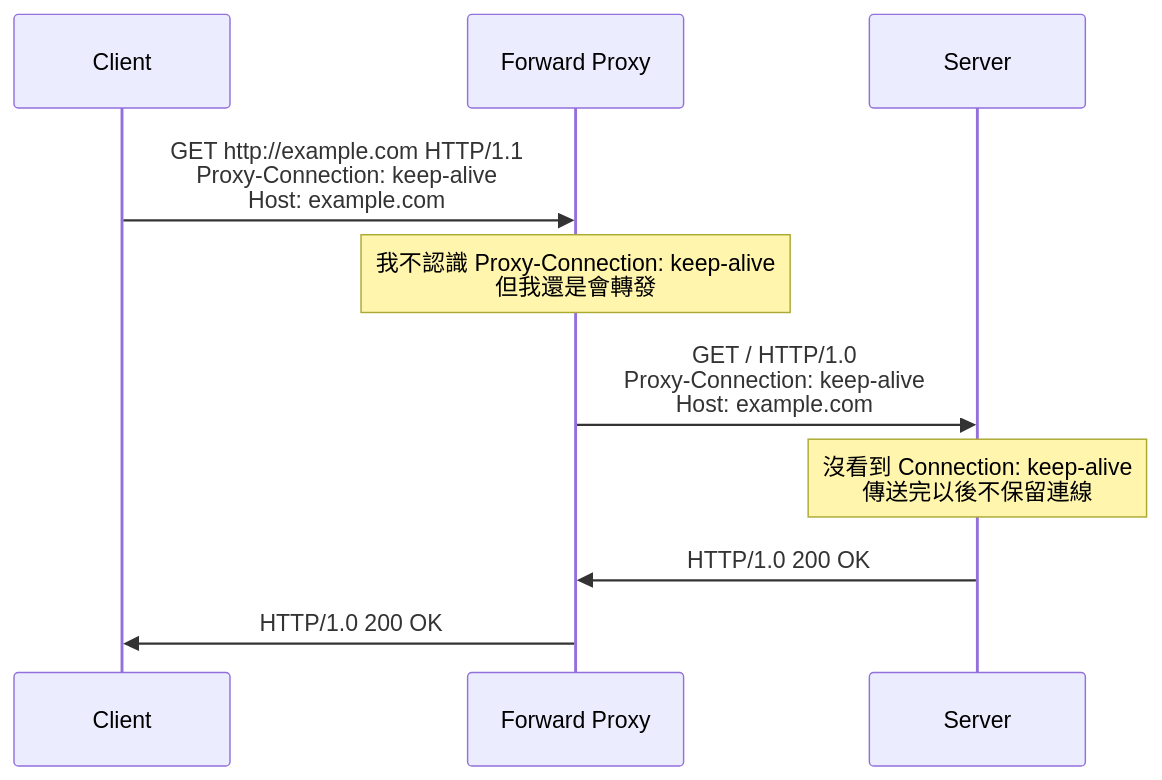
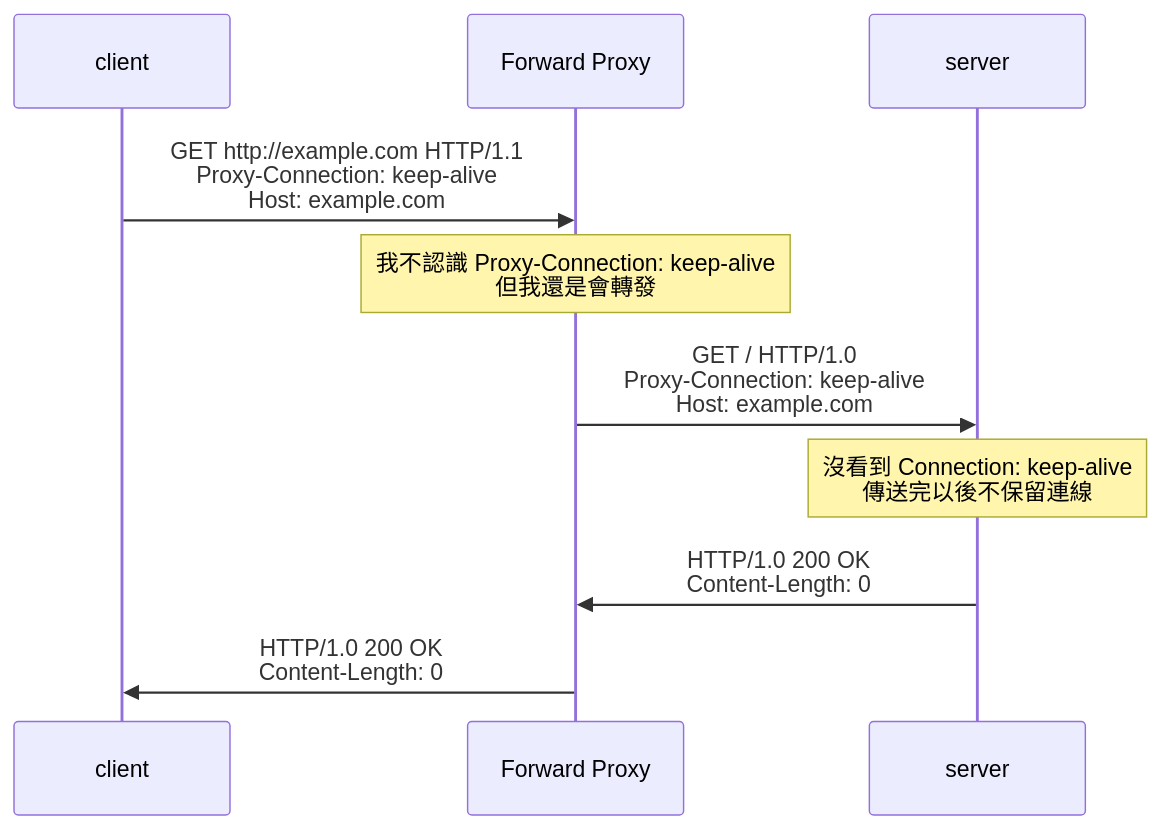
The seventh of 8 diagrams in docs/nodejs/http_proxy.md (samuel871211/yusheng-tech-blog), drawn with Mermaid before and after one commit. The commit also changed other lines of this file and 2 other files, not shown here.

Commit message:
http_proxy

````diff
--- a/docs/nodejs/http_proxy.md
+++ b/docs/nodejs/http_proxy.md
@@ -246,13 +245,13 @@
 ```mermaid
 sequenceDiagram
-  participant C as Client
+  participant C as client
   participant P as Forward Proxy
-  participant S as Server
+  participant S as server
 
   C ->> P: GET http://example.com HTTP/1.1<br/>Proxy-Connection: keep-alive<br/>Host: example.com
   Note Over P: 我不認識 Proxy-Connection: keep-alive<br/>但我還是會轉發
   P ->> S: GET / HTTP/1.0<br/>Proxy-Connection: keep-alive<br/>Host: example.com
   Note Over S: 沒看到 Connection: keep-alive<br/>傳送完以後不保留連線
-  S ->> P: HTTP/1.0 200 OK
-  P ->> C: HTTP/1.0 200 OK
+  S ->> P: HTTP/1.0 200 OK<br/>Content-Length: 0
+  P ->> C: HTTP/1.0 200 OK<br/>Content-Length: 0
 ```
````
